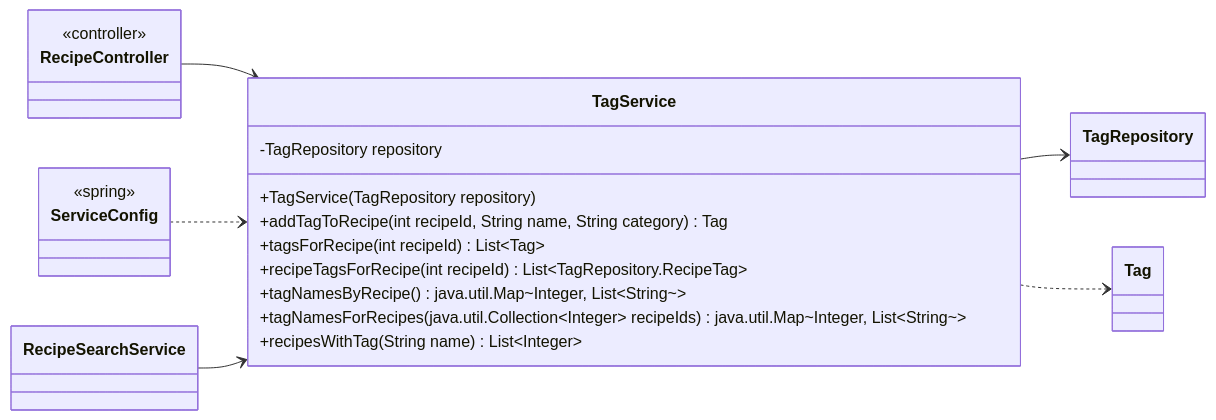
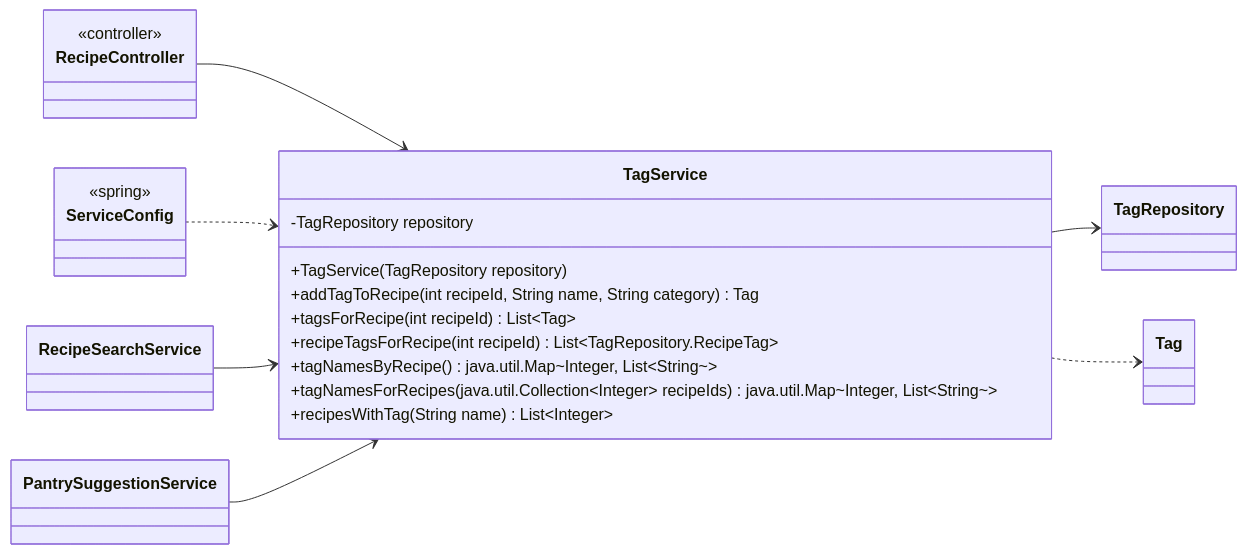
Diagram 29 of 30 in docs/classes/tags.md (Nate-ryan-7690/dahaem), drawn with Mermaid before and after one commit. The commit also changed other lines of this file and 23 other files, not shown here.

First line of the commit message:
Pantry-first suggestions: GET /api/suggestions/pantry (use up the pantry, fewest to buy, offers per store)

````diff
--- a/docs/classes/tags.md
+++ b/docs/classes/tags.md
@@ -1411,28 +1411,30 @@
 ```mermaid
 classDiagram
     direction LR
     class tags_TagService["TagService"] {
         -TagRepository repository
         +TagService(TagRepository repository)
         +addTagToRecipe(int recipeId, String name, String category) Tag
         +tagsForRecipe(int recipeId) List~Tag~
         +recipeTagsForRecipe(int recipeId) List~TagRepository.RecipeTag~
         +tagNamesByRecipe() java.util.Map~Integer, List~String~~
         +tagNamesForRecipes(java.util.Collection~Integer~ recipeIds) java.util.Map~Integer, List~String~~
         +recipesWithTag(String name) List~Integer~
     }
     class tags_TagRepository["TagRepository"]
     class api_RecipeController["RecipeController"] {
         <<controller>>
     }
     class mealplanner_RecipeSearchService["RecipeSearchService"]
+    class suggestions_PantrySuggestionService["PantrySuggestionService"]
     class tags_Tag["Tag"]
     class api_ServiceConfig["ServiceConfig"] {
         <<spring>>
     }
     tags_TagService --> tags_TagRepository
     tags_TagService ..> tags_Tag
     api_RecipeController --> tags_TagService
     api_ServiceConfig ..> tags_TagService
     mealplanner_RecipeSearchService --> tags_TagService
+    suggestions_PantrySuggestionService --> tags_TagService
 ```
````
